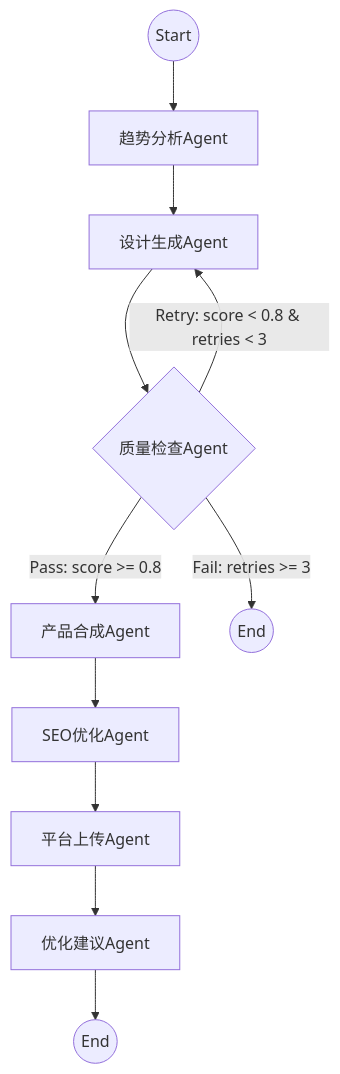
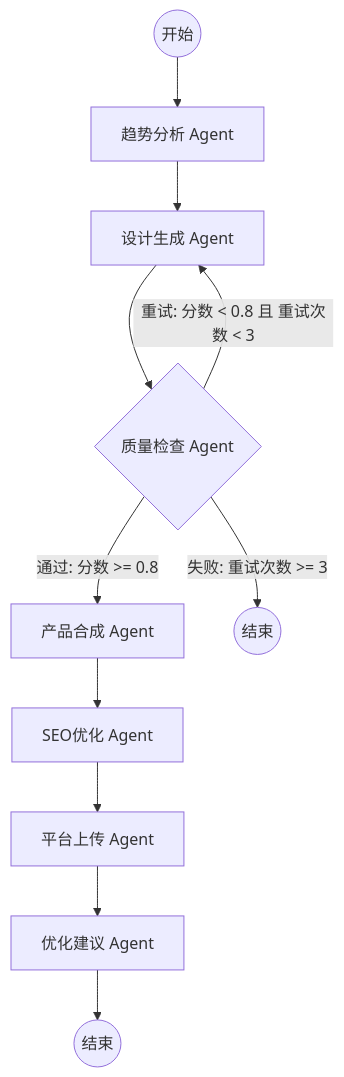
One commit to wxloong08/pod_multi_system changed the diagram in README.md. Above: the diagram before and after it, drawn with Mermaid. The commit also changed other lines of this file and 81 other files, not shown here.

````diff
--- a/README.md
+++ b/README.md
@@ -19,15 +24,15 @@
 ```mermaid
 graph TD
-    START((Start)) --> trend_analysis[趋势分析Agent]
-    trend_analysis --> design_generation[设计生成Agent]
-    design_generation --> quality_check{质量检查Agent}
+    START((开始)) --> trend_analysis[趋势分析 Agent]
+    trend_analysis --> design_generation[设计生成 Agent]
+    design_generation --> quality_check{质量检查 Agent}
     
-    quality_check -->|Pass: score >= 0.8| mockup_creation[产品合成Agent]
-    quality_check -->|Retry: score < 0.8 & retries < 3| design_generation
-    quality_check -->|Fail: retries >= 3| END1((End))
+    quality_check -->|通过: 分数 >= 0.8| mockup_creation[产品合成 Agent]
+    quality_check -->|重试: 分数 < 0.8 且 重试次数 < 3| design_generation
+    quality_check -->|失败: 重试次数 >= 3| END1((结束))
     
-    mockup_creation --> seo_optimization[SEO优化Agent]
-    seo_optimization --> platform_upload[平台上传Agent]
-    platform_upload --> optimization[优化建议Agent]
-    optimization --> END2((End))
+    mockup_creation --> seo_optimization[SEO优化 Agent]
+    seo_optimization --> platform_upload[平台上传 Agent]
+    platform_upload --> optimization[优化建议 Agent]
+    optimization --> END2((结束))
 ```
````
